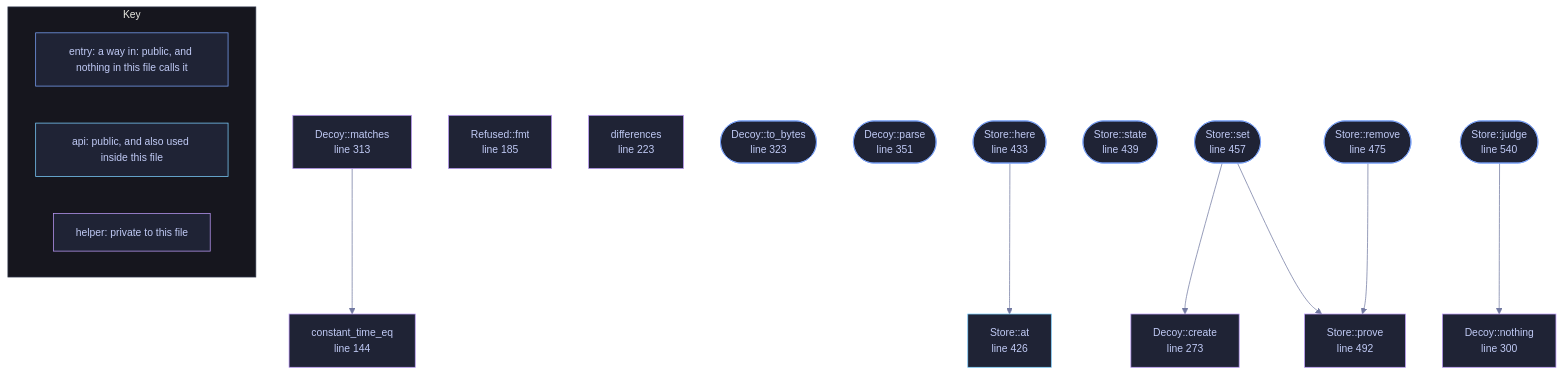
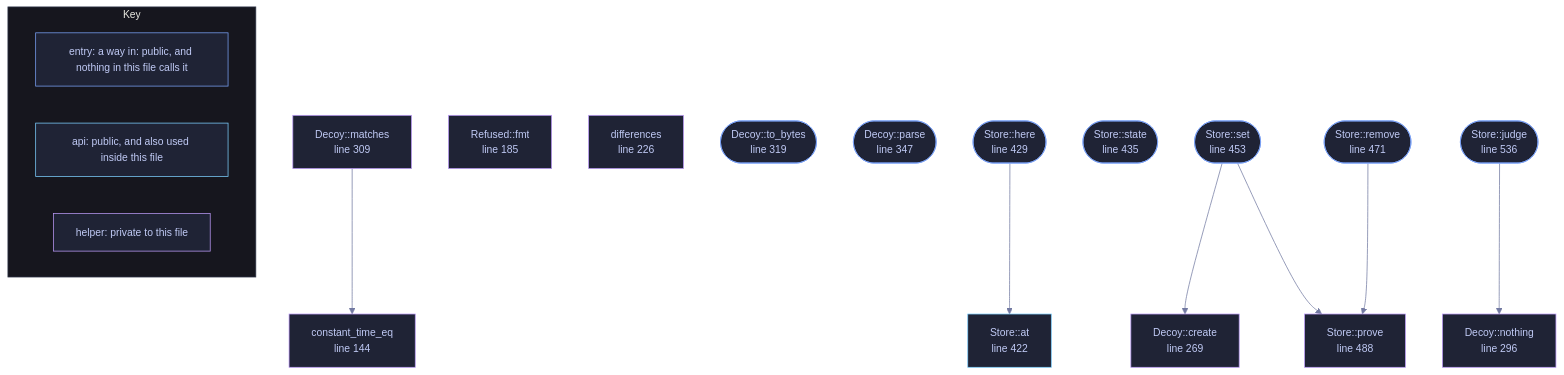
The diagram in docs/files/veilvoice-crypto/decoy.md (tilas01/veilvoice), drawn with Mermaid before and after one commit. The commit also changed other lines of this file and 514 other files, not shown here.

````diff
--- a/docs/files/veilvoice-crypto/decoy.md
+++ b/docs/files/veilvoice-crypto/decoy.md
@@ -169,59 +169,59 @@
 ```mermaid
 %%{init: {"theme":"base","themeVariables":{"background":"#1a1b26","primaryColor":"#1f2335","primaryTextColor":"#c0caf5","primaryBorderColor":"#7aa2f7","secondaryColor":"#16161e","tertiaryColor":"#16161e","lineColor":"#737aa2","textColor":"#c0caf5","mainBkg":"#1f2335","nodeBorder":"#7aa2f7","clusterBkg":"#16161e","clusterBorder":"#2f3549","fontFamily":"ui-monospace, SFMono-Regular, Consolas, monospace","fontSize":"14px"}}}%%
 flowchart TD
     n_create["Verifier::create<br/>line 127"]
     n_matches["Verifier::matches<br/>line 137"]
     n_constant_time_eq["constant_time_eq<br/>line 144"]
     n_fmt["Refused::fmt<br/>line 185"]
-    n_differences["differences<br/>line 223"]
-    n_create["Decoy::create<br/>line 273"]
-    n_nothing["Decoy::nothing<br/>line 300"]
-    n_matches["Decoy::matches<br/>line 313"]
-    n_to_bytes(["Decoy::to_bytes<br/>line 323"])
-    n_parse(["Decoy::parse<br/>line 351"])
-    n_at["Store::at<br/>line 426"]
-    n_here(["Store::here<br/>line 433"])
-    n_state(["Store::state<br/>line 439"])
-    n_set(["Store::set<br/>line 457"])
-    n_remove(["Store::remove<br/>line 475"])
-    n_prove["Store::prove<br/>line 492"]
-    n_judge(["Store::judge<br/>line 540"])
+    n_differences["differences<br/>line 226"]
+    n_create["Decoy::create<br/>line 269"]
+    n_nothing["Decoy::nothing<br/>line 296"]
+    n_matches["Decoy::matches<br/>line 309"]
+    n_to_bytes(["Decoy::to_bytes<br/>line 319"])
+    n_parse(["Decoy::parse<br/>line 347"])
+    n_at["Store::at<br/>line 422"]
+    n_here(["Store::here<br/>line 429"])
+    n_state(["Store::state<br/>line 435"])
+    n_set(["Store::set<br/>line 453"])
+    n_remove(["Store::remove<br/>line 471"])
+    n_prove["Store::prove<br/>line 488"]
+    n_judge(["Store::judge<br/>line 536"])
     n_here --> n_at
     n_judge --> n_nothing
     n_matches --> n_constant_time_eq
     n_remove --> n_prove
     n_set --> n_create
     n_set --> n_prove
     click n_create href "https://github.com/tilas01/veilvoice/blob/main/crates/veilvoice-crypto/src/decoy.rs#L127" "open the source"
     click n_matches href "https://github.com/tilas01/veilvoice/blob/main/crates/veilvoice-crypto/src/decoy.rs#L137" "open the source"
     click n_constant_time_eq href "https://github.com/tilas01/veilvoice/blob/main/crates/veilvoice-crypto/src/decoy.rs#L144" "open the source"
     click n_fmt href "https://github.com/tilas01/veilvoice/blob/main/crates/veilvoice-crypto/src/decoy.rs#L185" "open the source"
-    click n_differences href "https://github.com/tilas01/veilvoice/blob/main/crates/veilvoice-crypto/src/decoy.rs#L223" "open the source"
-    click n_create href "https://github.com/tilas01/veilvoice/blob/main/crates/veilvoice-crypto/src/decoy.rs#L273" "open the source"
-    click n_nothing href "https://github.com/tilas01/veilvoice/blob/main/crates/veilvoice-crypto/src/decoy.rs#L300" "open the source"
-    click n_matches href "https://github.com/tilas01/veilvoice/blob/main/crates/veilvoice-crypto/src/decoy.rs#L313" "open the source"
-    click n_to_bytes href "https://github.com/tilas01/veilvoice/blob/main/crates/veilvoice-crypto/src/decoy.rs#L323" "open the source"
-    click n_parse href "https://github.com/tilas01/veilvoice/blob/main/crates/veilvoice-crypto/src/decoy.rs#L351" "open the source"
-    click n_at href "https://github.com/tilas01/veilvoice/blob/main/crates/veilvoice-crypto/src/decoy.rs#L426" "open the source"
-    click n_here href "https://github.com/tilas01/veilvoice/blob/main/crates/veilvoice-crypto/src/decoy.rs#L433" "open the source"
-    click n_state href "https://github.com/tilas01/veilvoice/blob/main/crates/veilvoice-crypto/src/decoy.rs#L439" "open the source"
-    click n_set href "https://github.com/tilas01/veilvoice/blob/main/crates/veilvoice-crypto/src/decoy.rs#L457" "open the source"
-    click n_remove href "https://github.com/tilas01/veilvoice/blob/main/crates/veilvoice-crypto/src/decoy.rs#L475" "open the source"
-    click n_prove href "https://github.com/tilas01/veilvoice/blob/main/crates/veilvoice-crypto/src/decoy.rs#L492" "open the source"
-    click n_judge href "https://github.com/tilas01/veilvoice/blob/main/crates/veilvoice-crypto/src/decoy.rs#L540" "open the source"
+    click n_differences href "https://github.com/tilas01/veilvoice/blob/main/crates/veilvoice-crypto/src/decoy.rs#L226" "open the source"
+    click n_create href "https://github.com/tilas01/veilvoice/blob/main/crates/veilvoice-crypto/src/decoy.rs#L269" "open the source"
+    click n_nothing href "https://github.com/tilas01/veilvoice/blob/main/crates/veilvoice-crypto/src/decoy.rs#L296" "open the source"
+    click n_matches href "https://github.com/tilas01/veilvoice/blob/main/crates/veilvoice-crypto/src/decoy.rs#L309" "open the source"
+    click n_to_bytes href "https://github.com/tilas01/veilvoice/blob/main/crates/veilvoice-crypto/src/decoy.rs#L319" "open the source"
+    click n_parse href "https://github.com/tilas01/veilvoice/blob/main/crates/veilvoice-crypto/src/decoy.rs#L347" "open the source"
+    click n_at href "https://github.com/tilas01/veilvoice/blob/main/crates/veilvoice-crypto/src/decoy.rs#L422" "open the source"
+    click n_here href "https://github.com/tilas01/veilvoice/blob/main/crates/veilvoice-crypto/src/decoy.rs#L429" "open the source"
+    click n_state href "https://github.com/tilas01/veilvoice/blob/main/crates/veilvoice-crypto/src/decoy.rs#L435" "open the source"
+    click n_set href "https://github.com/tilas01/veilvoice/blob/main/crates/veilvoice-crypto/src/decoy.rs#L453" "open the source"
+    click n_remove href "https://github.com/tilas01/veilvoice/blob/main/crates/veilvoice-crypto/src/decoy.rs#L471" "open the source"
+    click n_prove href "https://github.com/tilas01/veilvoice/blob/main/crates/veilvoice-crypto/src/decoy.rs#L488" "open the source"
+    click n_judge href "https://github.com/tilas01/veilvoice/blob/main/crates/veilvoice-crypto/src/decoy.rs#L536" "open the source"
     classDef entry fill:#1f2335,stroke:#7aa2f7,color:#c0caf5
     class n_to_bytes,n_parse,n_here,n_state,n_set,n_remove,n_judge entry
     classDef api fill:#1f2335,stroke:#7dcfff,color:#c0caf5
     class n_create,n_at api
     classDef helper fill:#1f2335,stroke:#bb9af7,color:#c0caf5
     class n_create,n_matches,n_constant_time_eq,n_fmt,n_differences,n_nothing,n_matches,n_prove helper
     subgraph chart_key ["Key"]
         direction LR
         key_entry["entry: a way in: public, and nothing in this file calls it"]
         key_api["api: public, and also used inside this file"]
         key_helper["helper: private to this file"]
     end
     class key_entry entry
     class key_api api
     class key_helper helper
 ```
````
